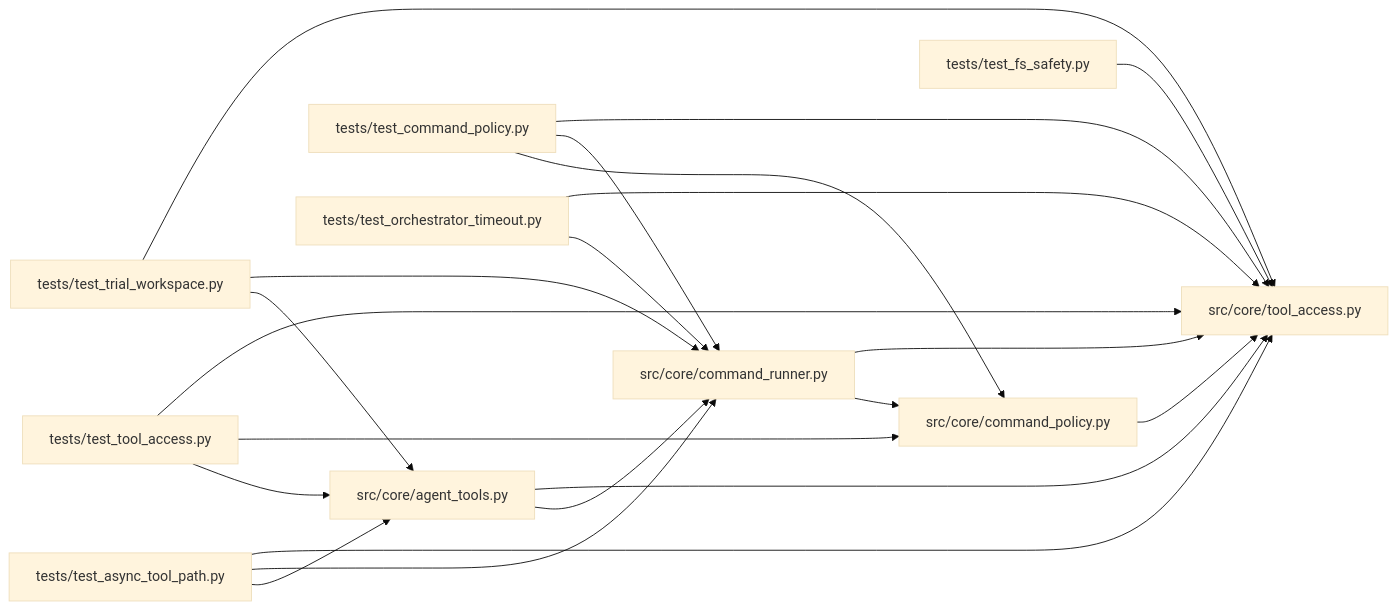
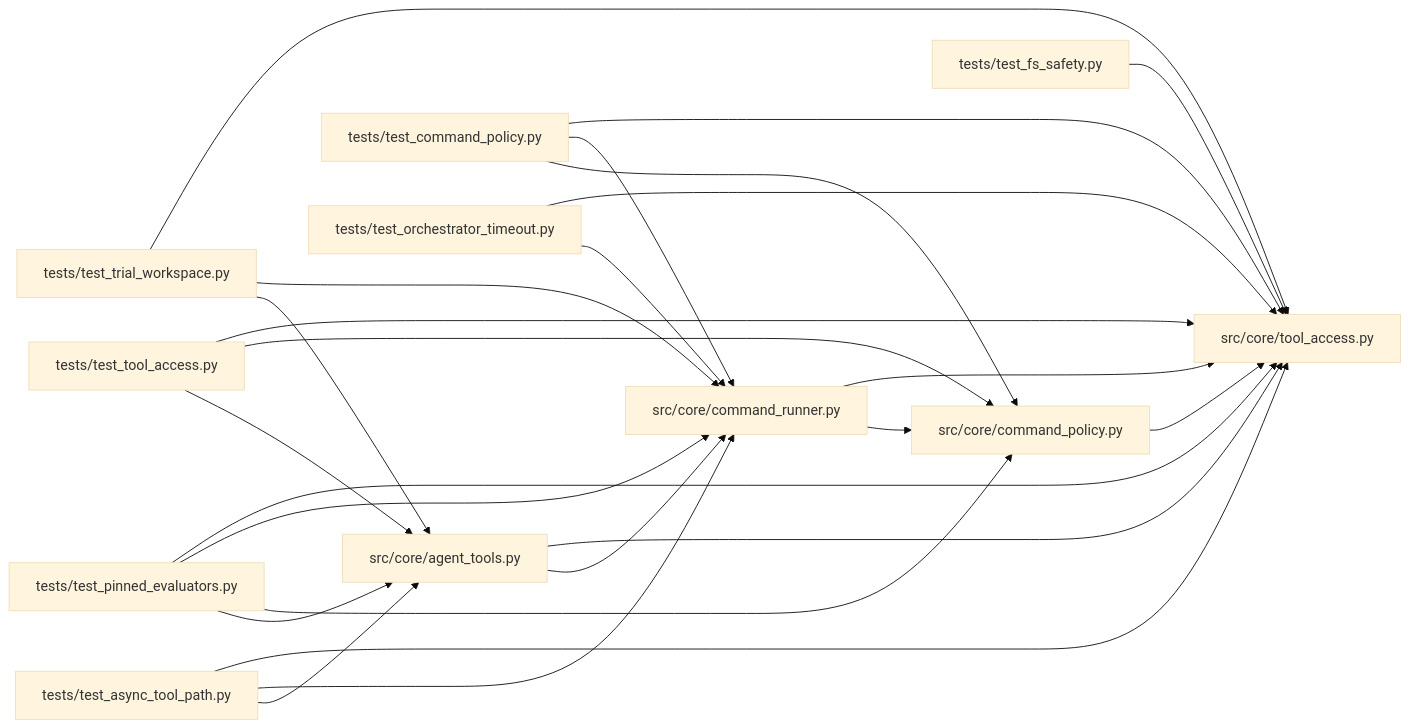
One commit to Denissvgn/autoresearch-agent changed the diagram in docs/llm_wiki/modules/tool_access.md. Above: the diagram before and after it, drawn with Mermaid (base theme). The commit also changed other lines of this file and 54 other files, not shown here.

````diff
--- a/docs/llm_wiki/modules/tool_access.md
+++ b/docs/llm_wiki/modules/tool_access.md
@@ -50,43 +50,49 @@
 ```mermaid
 flowchart LR
     n0["src/core/agent_tools.py"]
     n1["src/core/command_policy.py"]
     n2["src/core/command_runner.py"]
     n3["src/core/tool_access.py"]
     n4["tests/test_async_tool_path.py"]
     n5["tests/test_command_policy.py"]
     n6["tests/test_fs_safety.py"]
     n7["tests/test_orchestrator_timeout.py"]
-    n8["tests/test_tool_access.py"]
-    n9["tests/test_trial_workspace.py"]
+    n8["tests/test_pinned_evaluators.py"]
+    n9["tests/test_tool_access.py"]
+    n10["tests/test_trial_workspace.py"]
     n0 --> n2
     n0 --> n3
     n1 --> n3
     n2 --> n1
     n2 --> n3
     n4 --> n0
     n4 --> n2
     n4 --> n3
     n5 --> n1
     n5 --> n2
     n5 --> n3
     n6 --> n3
     n7 --> n2
     n7 --> n3
     n8 --> n0
     n8 --> n1
+    n8 --> n2
     n8 --> n3
     n9 --> n0
-    n9 --> n2
+    n9 --> n1
     n9 --> n3
+    n10 --> n0
+    n10 --> n2
+    n10 --> n3
     click n0 "../modules/agent_tools.md"
     click n1 "../modules/command_policy.md"
     click n2 "../modules/command_runner.md"
     click n3 "../modules/tool_access.md"
     click n4 "../modules/test_async_tool_path.md"
     click n5 "../modules/test_command_policy.md"
     click n6 "../modules/test_fs_safety.md"
     click n7 "../modules/test_orchestrator_timeout.md"
-    click n8 "../modules/test_tool_access.md"
-    click n9 "../modules/test_trial_workspace.md"
+    click n8 "../modules/test_pinned_evaluators.md"
+    click n9 "../modules/test_tool_access.md"
+    click n10 "../modules/test_trial_workspace.md"
 ```
````
